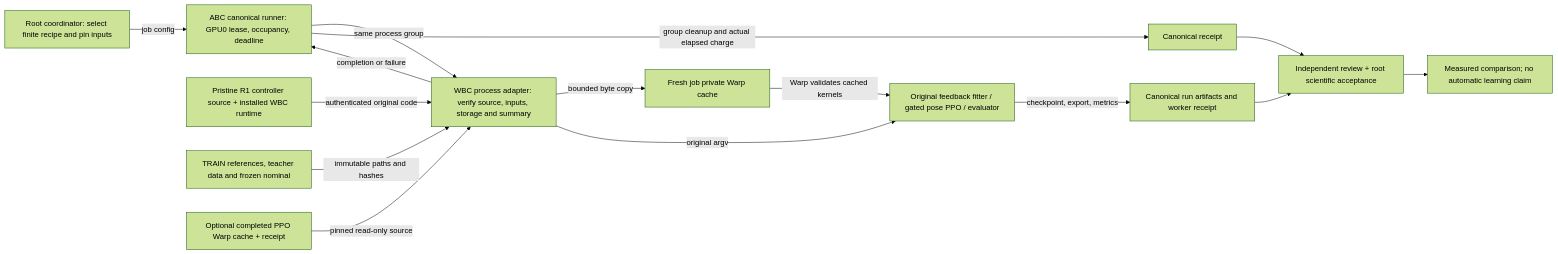
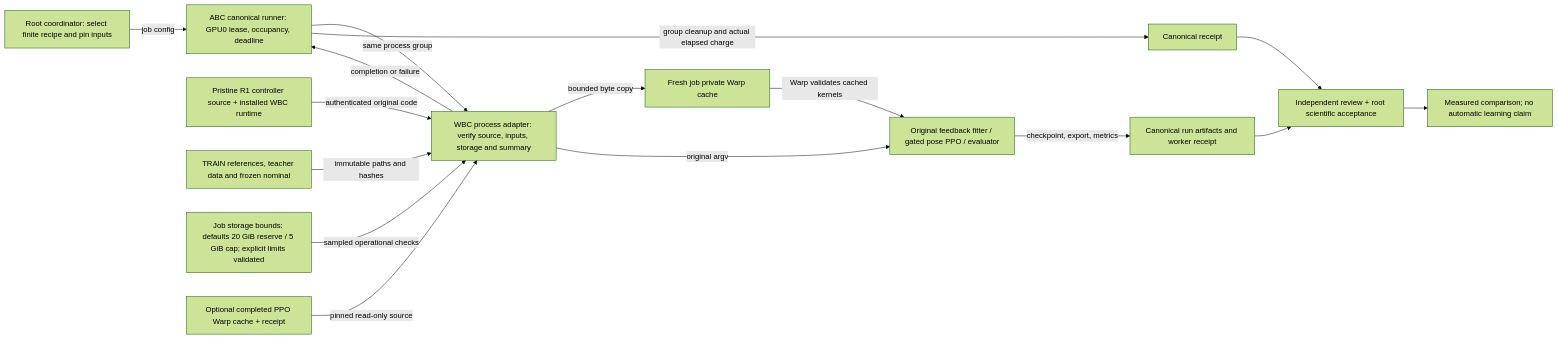
Before and after one commit to aditya9729/abc: the diagram in docs/bench/R1LITE_WBC_PROGRAM.mmd, drawn with Mermaid (forest theme). The commit also changed 3 other files, not shown here.

Commit message:
Configure bounded WBC worker storage without learner changes

```diff
--- a/docs/bench/R1LITE_WBC_PROGRAM.mmd
+++ b/docs/bench/R1LITE_WBC_PROGRAM.mmd
@@ -1,15 +1,16 @@
 flowchart LR
   Root["Root coordinator: select finite recipe and pin inputs"] -->|job config| Parent["ABC canonical runner: GPU0 lease, occupancy, deadline"]
   Parent -->|same process group| Worker["WBC process adapter: verify source, inputs, storage and summary"]
   Source["Pristine R1 controller source + installed WBC runtime"] -->|authenticated original code| Worker
   Data["TRAIN references, teacher data and frozen nominal"] -->|immutable paths and hashes| Worker
+  Bounds["Job storage bounds: defaults 20 GiB reserve / 5 GiB cap; explicit limits validated"] -->|sampled operational checks| Worker
   Seed["Optional completed PPO Warp cache + receipt"] -->|pinned read-only source| Worker
   Worker -->|bounded byte copy| Cache["Fresh job private Warp cache"]
   Cache -->|Warp validates cached kernels| Original
   Worker -->|original argv| Original["Original feedback fitter / gated pose PPO / evaluator"]
   Original -->|checkpoint, export, metrics| Artifacts["Canonical run artifacts and worker receipt"]
   Worker -->|completion or failure| Parent
   Parent -->|group cleanup and actual elapsed charge| Receipt["Canonical receipt"]
   Artifacts --> Review["Independent review + root scientific acceptance"]
   Receipt --> Review
   Review --> Report["Measured comparison; no automatic learning claim"]
```
